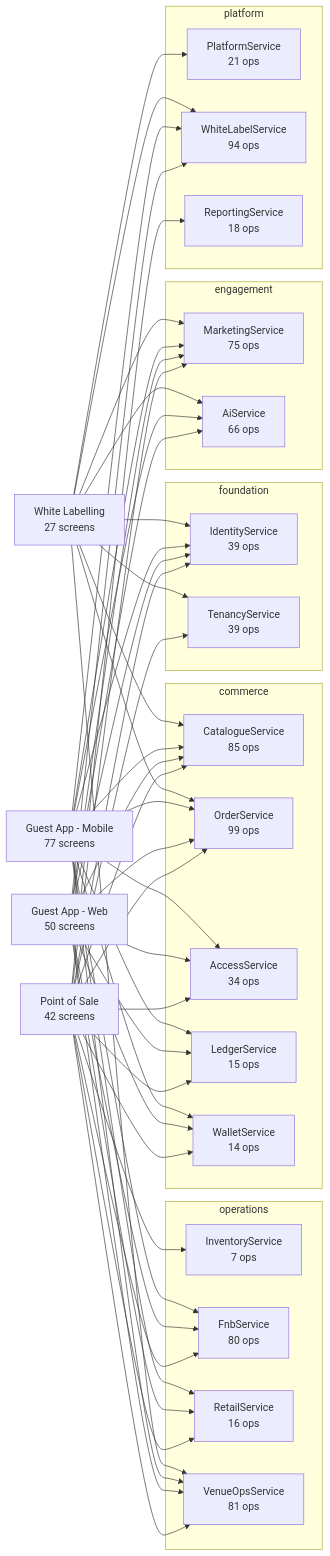
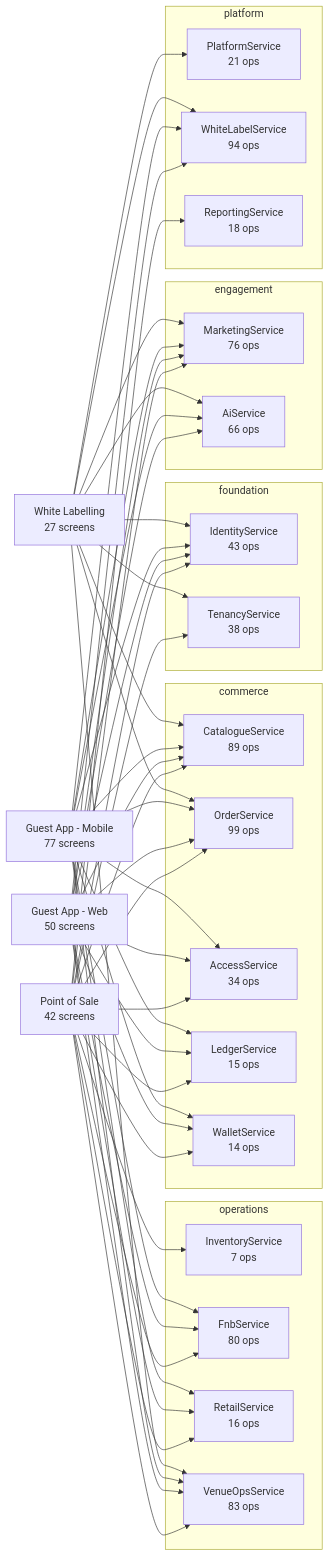
Before and after one commit to Diretide298/Solution_Architecture: the diagram in ticvai/repos/ticvai-ai/project-bible/handoff/service-docs/README.md, drawn with Mermaid. The commit also changed other lines of this file and 6800 other files, not shown here.

````diff
--- a/ticvai/repos/ticvai-ai/project-bible/handoff/service-docs/README.md
+++ b/ticvai/repos/ticvai-ai/project-bible/handoff/service-docs/README.md
@@ -9,79 +9,79 @@
 ```mermaid
 flowchart LR
   POS["Point of Sale<br/>42 screens"]
   WEB["Guest App - Web<br/>50 screens"]
   MOB["Guest App - Mobile<br/>77 screens"]
   WL["White Labelling<br/>27 screens"]
   subgraph foundation
-    IdentityService["IdentityService<br/>39 ops"]
-    TenancyService["TenancyService<br/>39 ops"]
+    IdentityService["IdentityService<br/>43 ops"]
+    TenancyService["TenancyService<br/>38 ops"]
   end
   subgraph commerce
-    CatalogueService["CatalogueService<br/>85 ops"]
+    CatalogueService["CatalogueService<br/>89 ops"]
     OrderService["OrderService<br/>99 ops"]
     AccessService["AccessService<br/>34 ops"]
     LedgerService["LedgerService<br/>15 ops"]
     WalletService["WalletService<br/>14 ops"]
   end
   subgraph operations
     InventoryService["InventoryService<br/>7 ops"]
     FnbService["FnbService<br/>80 ops"]
     RetailService["RetailService<br/>16 ops"]
-    VenueOpsService["VenueOpsService<br/>81 ops"]
+    VenueOpsService["VenueOpsService<br/>83 ops"]
   end
   subgraph engagement
-    MarketingService["MarketingService<br/>75 ops"]
+    MarketingService["MarketingService<br/>76 ops"]
     AiService["AiService<br/>66 ops"]
   end
   subgraph platform
     PlatformService["PlatformService<br/>21 ops"]
     WhiteLabelService["WhiteLabelService<br/>94 ops"]
     ReportingService["ReportingService<br/>18 ops"]
   end
   POS --> OrderService
   WEB --> OrderService
   MOB --> OrderService
   WL --> OrderService
   POS --> FnbService
   WEB --> FnbService
   MOB --> FnbService
   POS --> AccessService
   WEB --> AccessService
   MOB --> AccessService
   WL --> PlatformService
   POS --> MarketingService
   WEB --> MarketingService
   MOB --> MarketingService
   WL --> MarketingService
   POS --> CatalogueService
   WEB --> CatalogueService
   MOB --> CatalogueService
   WL --> CatalogueService
   POS --> VenueOpsService
   WEB --> VenueOpsService
   MOB --> VenueOpsService
   WL --> VenueOpsService
   POS --> TenancyService
   WL --> TenancyService
   POS --> ReportingService
   WEB --> WhiteLabelService
   MOB --> WhiteLabelService
   WL --> WhiteLabelService
   POS --> InventoryService
   POS --> IdentityService
   WEB --> IdentityService
   MOB --> IdentityService
   WL --> IdentityService
   POS --> RetailService
   WEB --> RetailService
   MOB --> RetailService
   WEB --> AiService
   MOB --> AiService
   WL --> AiService
   POS --> WalletService
   WEB --> WalletService
   MOB --> WalletService
   POS --> LedgerService
   WEB --> LedgerService
   MOB --> LedgerService
 ```
````
